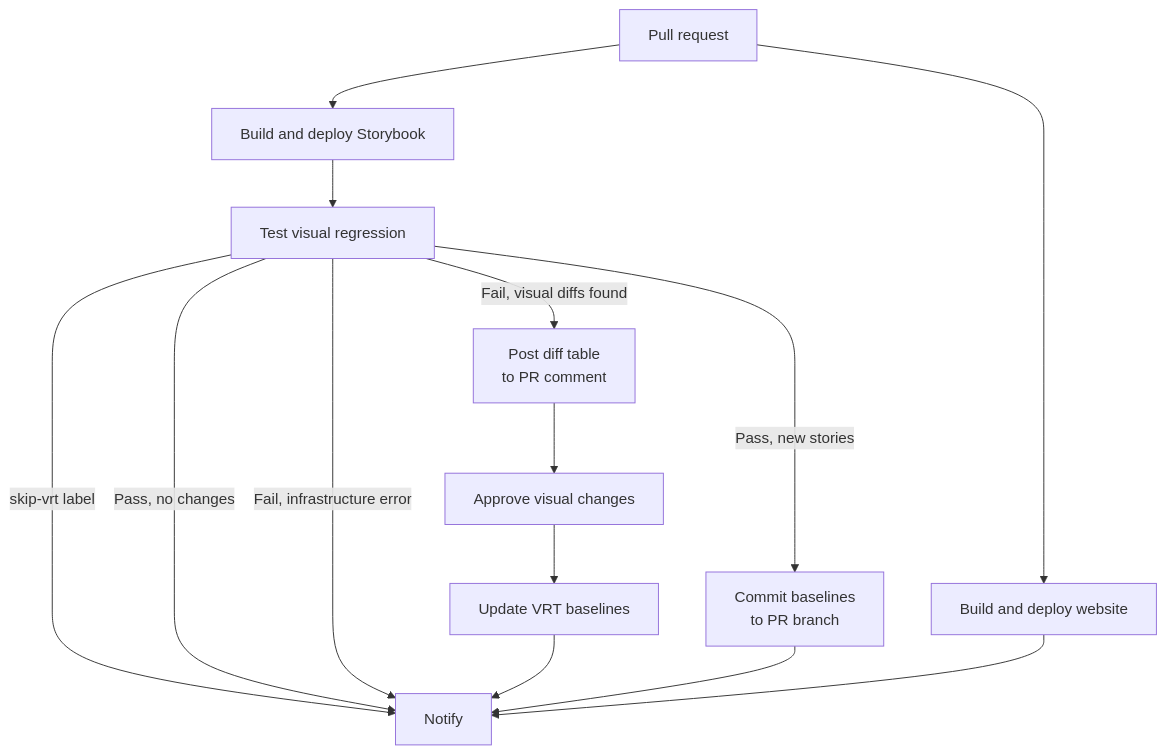
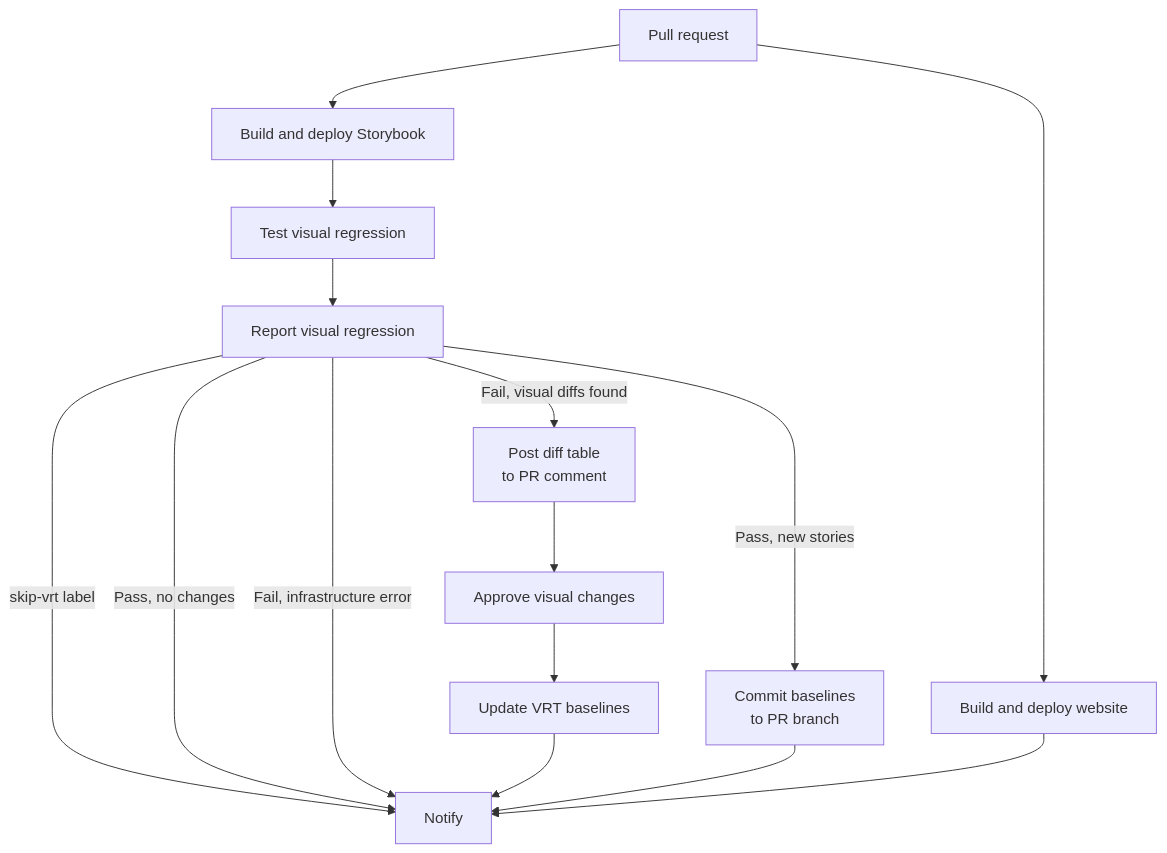
The diagram in wiki/contributing-to-eui/testing/visual-regression-testing.md (elastic/eui), drawn with Mermaid before and after one commit. The commit also changed other lines of this file and 14 other files, not shown here.

````diff
--- a/wiki/contributing-to-eui/testing/visual-regression-testing.md
+++ b/wiki/contributing-to-eui/testing/visual-regression-testing.md
@@ -310,19 +310,20 @@
 ```mermaid
 flowchart TD
     PR[Pull request] --> WS[Build and deploy website]
     PR --> SB[Build and deploy Storybook]
     SB --> VRT[Test visual regression]
+    VRT --> R[Report visual regression]
 
-    VRT -->|skip-vrt label| N[Notify]
-    VRT -->|Pass, new stories| C1[Commit baselines\nto PR branch]
-    VRT -->|Pass, no changes| N
-    VRT -->|Fail, infrastructure error| N
+    R -->|skip-vrt label| N[Notify]
+    R -->|Pass, new stories| C1[Commit baselines\nto PR branch]
+    R -->|Pass, no changes| N
+    R -->|Fail, infrastructure error| N
 
-    VRT -->|Fail, visual diffs found| D[Post diff table\nto PR comment]
+    R -->|Fail, visual diffs found| D[Post diff table\nto PR comment]
     D --> B[Approve visual changes]
     B --> U[Update VRT baselines]
     U --> N
 
     C1 --> N
     WS --> N
 ```
````
